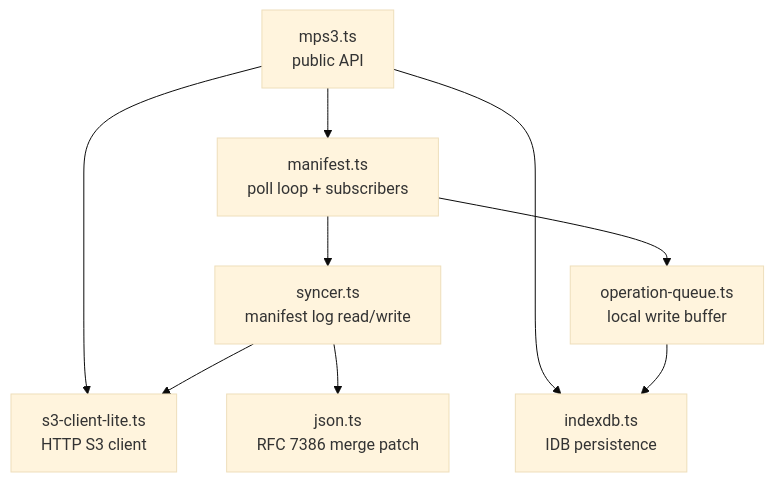
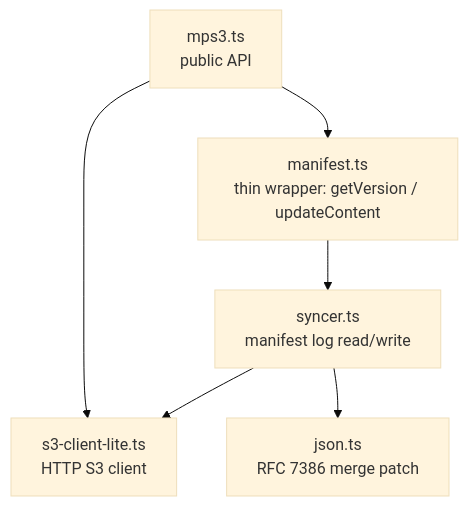
The diagram in docs/ARCHITECTURE.md (Gusto/baerly-storage), drawn with Mermaid (base theme) before and after one commit. The commit also changed other lines of this file and 20 other files, not shown here.

First line of the commit message:
refactor!: delete optimistic-write queue and manifest poller

````diff
--- a/docs/ARCHITECTURE.md
+++ b/docs/ARCHITECTURE.md
@@ -18,19 +19,14 @@
 ```mermaid
 graph TD
     mps3[mps3.ts<br/>public API]
-    operationQueue[operation-queue.ts<br/>local write buffer]
-    manifest[manifest.ts<br/>poll loop + subscribers]
+    manifest[manifest.ts<br/>thin wrapper: getVersion / updateContent]
     syncer[syncer.ts<br/>manifest log read/write]
     s3client[s3-client-lite.ts<br/>HTTP S3 client]
     json[json.ts<br/>RFC 7386 merge patch]
-    indexdb[indexdb.ts<br/>IDB persistence]
 
     mps3 --> manifest
     mps3 --> s3client
-    mps3 --> indexdb
     manifest --> syncer
-    manifest --> operationQueue
     syncer --> s3client
     syncer --> json
-    operationQueue --> indexdb
 ```
````
